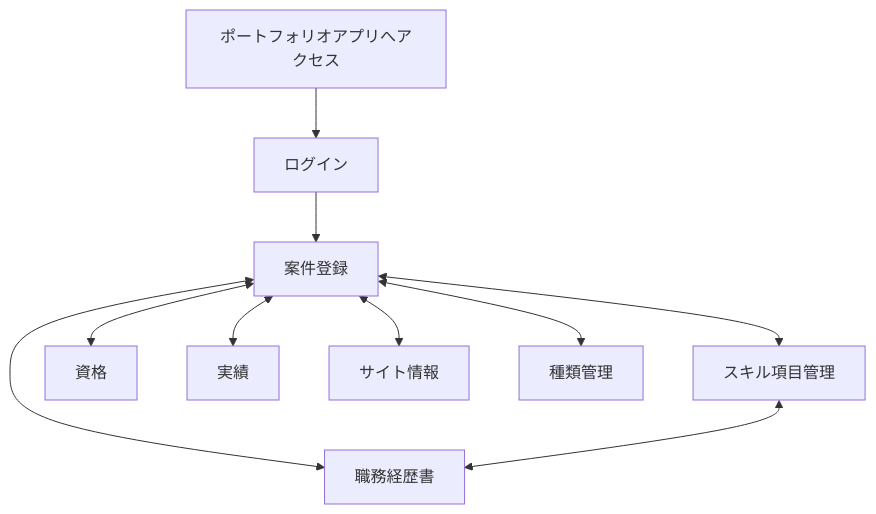
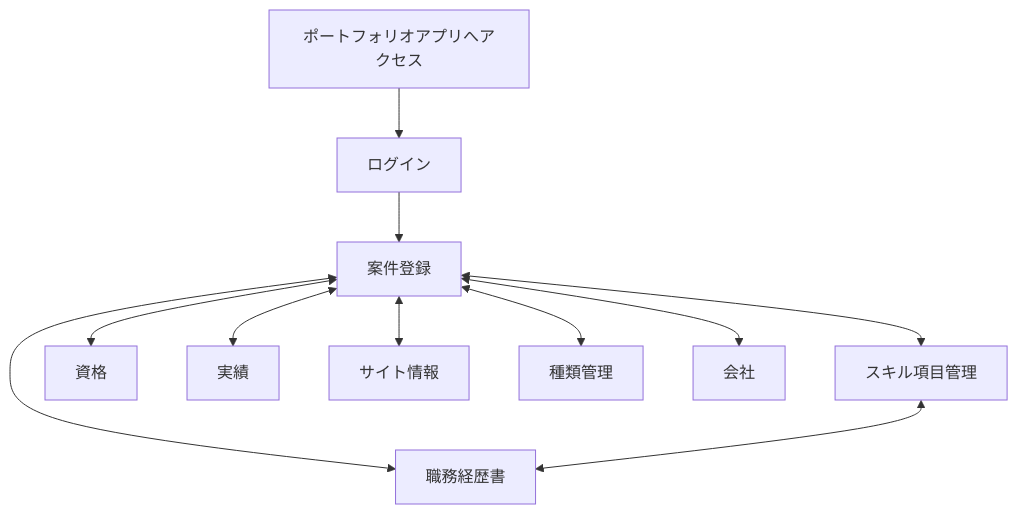
One commit to Seiya-Nakagawa/Portfolio changed the third of 5 diagrams in docs/02.design/DESIGN.md. Above: the diagram before and after it, drawn with Mermaid. The commit also changed other lines of this file and 14 other files, not shown here.

````diff
--- a/docs/02.design/DESIGN.md
+++ b/docs/02.design/DESIGN.md
@@ -341,12 +383,13 @@
 ```mermaid
 flowchart TD
     Start["ポートフォリオアプリへアクセス"] --> Login["ログイン"]
     Login --> Project["案件登録"]
     Project <--> Skill["スキル項目管理"]
     Project <--> Cert["資格"]
     Project <--> Work["実績"]
     Project <--> Site["サイト情報"]
     Project <--> Output["職務経歴書"]
     Project <--> Category["種類管理"]
+    Project <--> Company["会社"]
     Skill <--> Output
 ```
````
